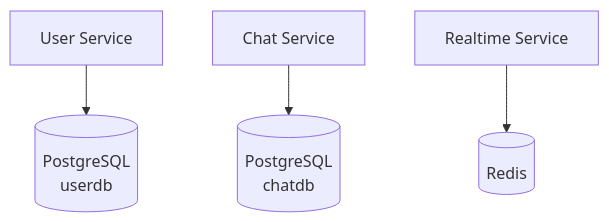
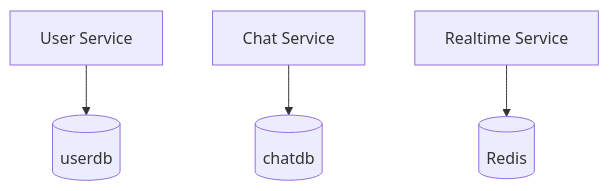
The fourth of 4 diagrams in docs/architecture/microservices.md (shunto-ishiguro/go-microservices-chat), drawn with Mermaid before and after one commit. The commit also changed other lines of this file and 3 other files, not shown here.

First line of the commit message:
docs(architecture): Envoy Gateway + K8s 前提に全面更新

````diff
--- a/docs/architecture/microservices.md
+++ b/docs/architecture/microservices.md
@@ -220,6 +199,6 @@
 ```mermaid
 graph TD
-    US[User Service] --> PG1[("PostgreSQL<br/>userdb")]
-    CS[Chat Service] --> PG2[("PostgreSQL<br/>chatdb")]
+    US[User Service] --> PG1[("userdb")]
+    CS[Chat Service] --> PG2[("chatdb")]
     RS[Realtime Service] --> R[("Redis")]
 ```
````
